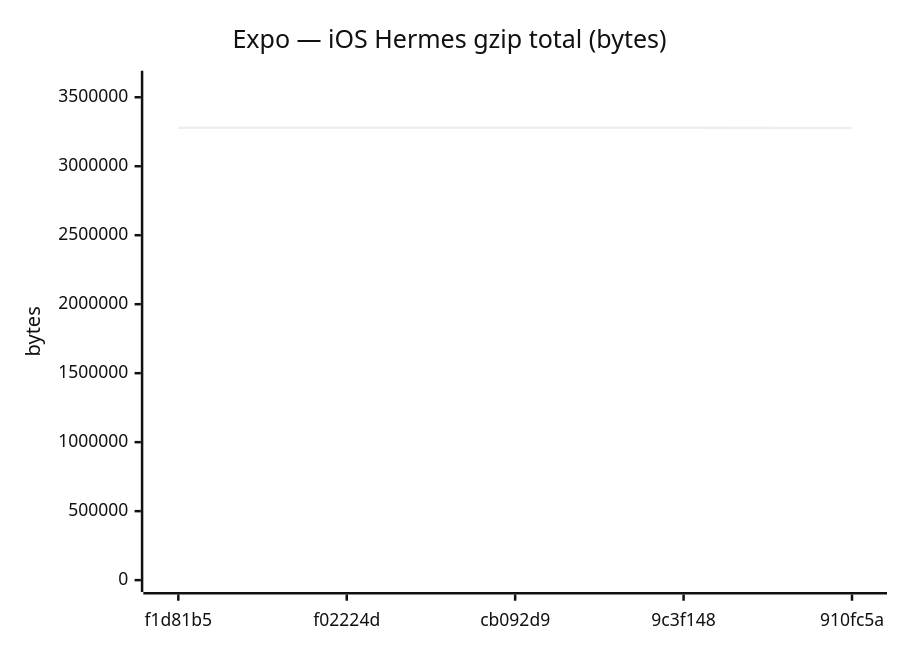
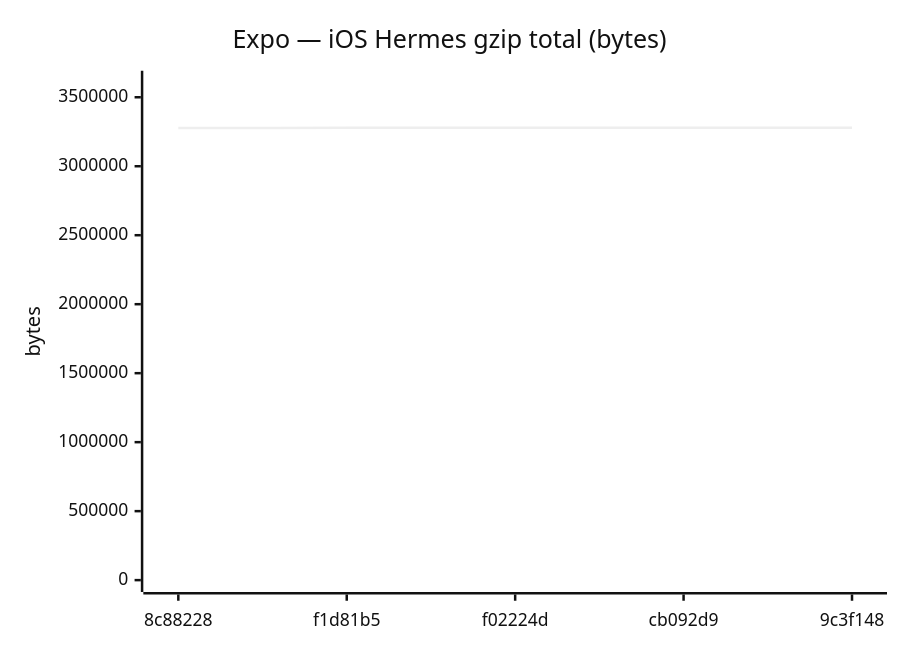
Diagram 12 of 18 in benchmarks/compare.md (Metaheurist/Rianell), drawn with Mermaid (neutral theme) before and after one commit. The commit also changed other lines of this file and 11 other files, not shown here.

````diff
--- a/benchmarks/compare.md
+++ b/benchmarks/compare.md
@@ -179,7 +179,7 @@
 ```mermaid
 xychart-beta
     title "Expo — iOS Hermes gzip total (bytes)"
-    x-axis ["f1d81b5", "f02224d", "cb092d9", "9c3f148", "910fc5a"]
+    x-axis ["8c88228", "f1d81b5", "f02224d", "cb092d9", "9c3f148"]
     y-axis "bytes" 0 --> 3606021
-    line [3278200, 3278200, 3278198, 3278199, 3277688]
+    line [3277689, 3278200, 3278200, 3278198, 3278199]
 ```
````
